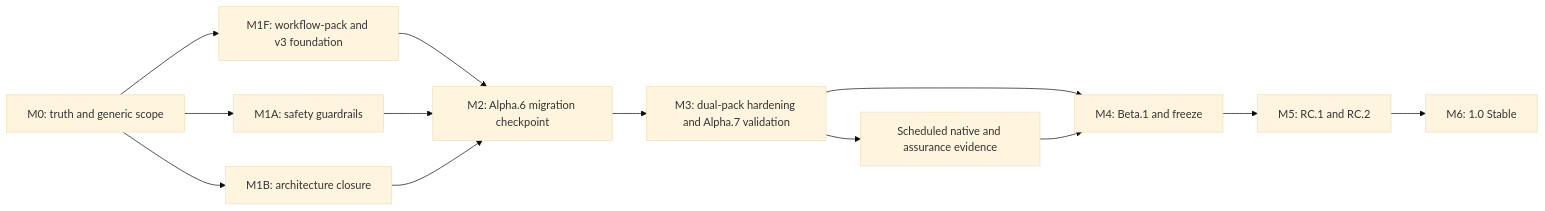
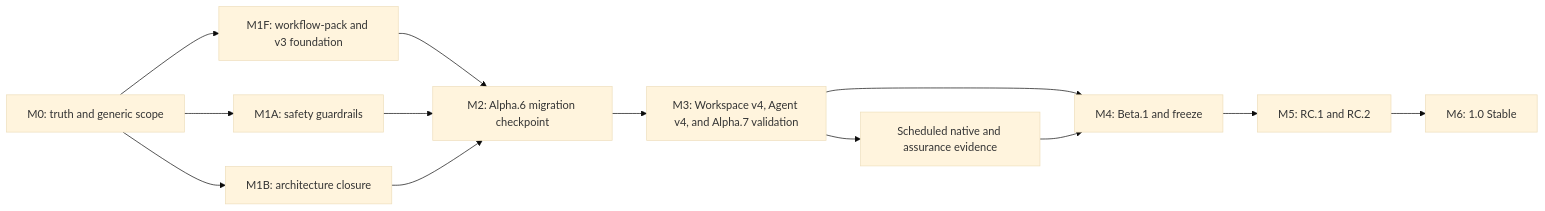
Before and after one commit to jxpeng98/CanISend: the diagram in docs/superpowers/plans/2026-07-25-1.0-release-roadmap.md, drawn with Mermaid (base theme). The commit also changed other lines of this file and 7 other files, not shown here.

First line of the commit message:
docs(roadmap): rebase alpha.7 on workspace and agent v4

````diff
--- a/docs/superpowers/plans/2026-07-25-1.0-release-roadmap.md
+++ b/docs/superpowers/plans/2026-07-25-1.0-release-roadmap.md
@@ -293,15 +319,15 @@
 ```mermaid
 flowchart LR
     M0["M0: truth and generic scope"] --> M1F["M1F: workflow-pack and v3 foundation"]
     M0 --> M1A["M1A: safety guardrails"]
     M0 --> M1B["M1B: architecture closure"]
     M1F --> M2["M2: Alpha.6 migration checkpoint"]
     M1A --> M2
     M1B --> M2
-    M2 --> M3["M3: dual-pack hardening and Alpha.7 validation"]
+    M2 --> M3["M3: Workspace v4, Agent v4, and Alpha.7 validation"]
     M3 --> M4["M4: Beta.1 and freeze"]
     M4 --> M5["M5: RC.1 and RC.2"]
     M5 --> M6["M6: 1.0 Stable"]
     M3 --> NATIVE["Scheduled native and assurance evidence"]
     NATIVE --> M4
 ```
````
